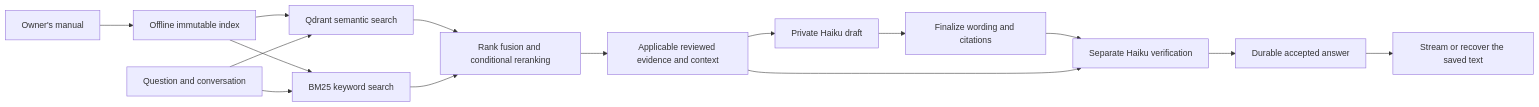
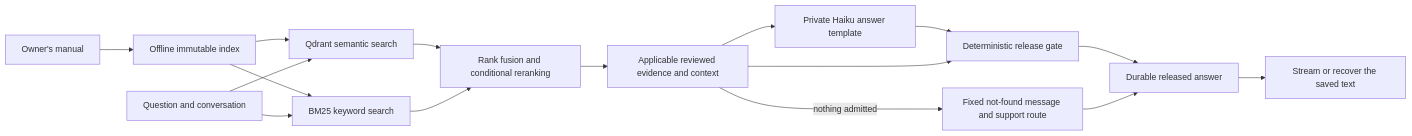
The diagram in README.md (Maneshwar-Kumar/motomedic-ai), drawn with Mermaid before and after one commit. The commit also changed other lines of this file and 277 other files, not shown here.

First line of the commit message:
Remove draft-then-verify from the design; move evaluations to reports/evals

````diff
--- a/README.md
+++ b/README.md
@@ -17,17 +17,18 @@
 ```mermaid
 flowchart LR
     PDF[Owner's manual] --> INDEX[Offline immutable index]
     INDEX --> DENSE[Qdrant semantic search]
     INDEX --> BM25[BM25 keyword search]
     Q[Question and conversation] --> DENSE
     Q --> BM25
     DENSE --> RANK[Rank fusion and conditional reranking]
     BM25 --> RANK
     RANK --> EVIDENCE[Applicable reviewed evidence and context]
-    EVIDENCE --> DRAFT[Private Haiku draft]
-    DRAFT --> FINAL[Finalize wording and citations]
-    FINAL --> VERIFY[Separate Haiku verification]
-    EVIDENCE --> VERIFY
-    VERIFY --> SAVE[Durable accepted answer]
+    EVIDENCE --> GEN[Private Haiku answer template]
+    GEN --> GATE[Deterministic release gate]
+    EVIDENCE --> GATE
+    EVIDENCE -->|nothing admitted| FALLBACK[Fixed not-found message and support route]
+    GATE --> SAVE[Durable released answer]
+    FALLBACK --> SAVE
     SAVE --> UI[Stream or recover the saved text]
 ```
````
